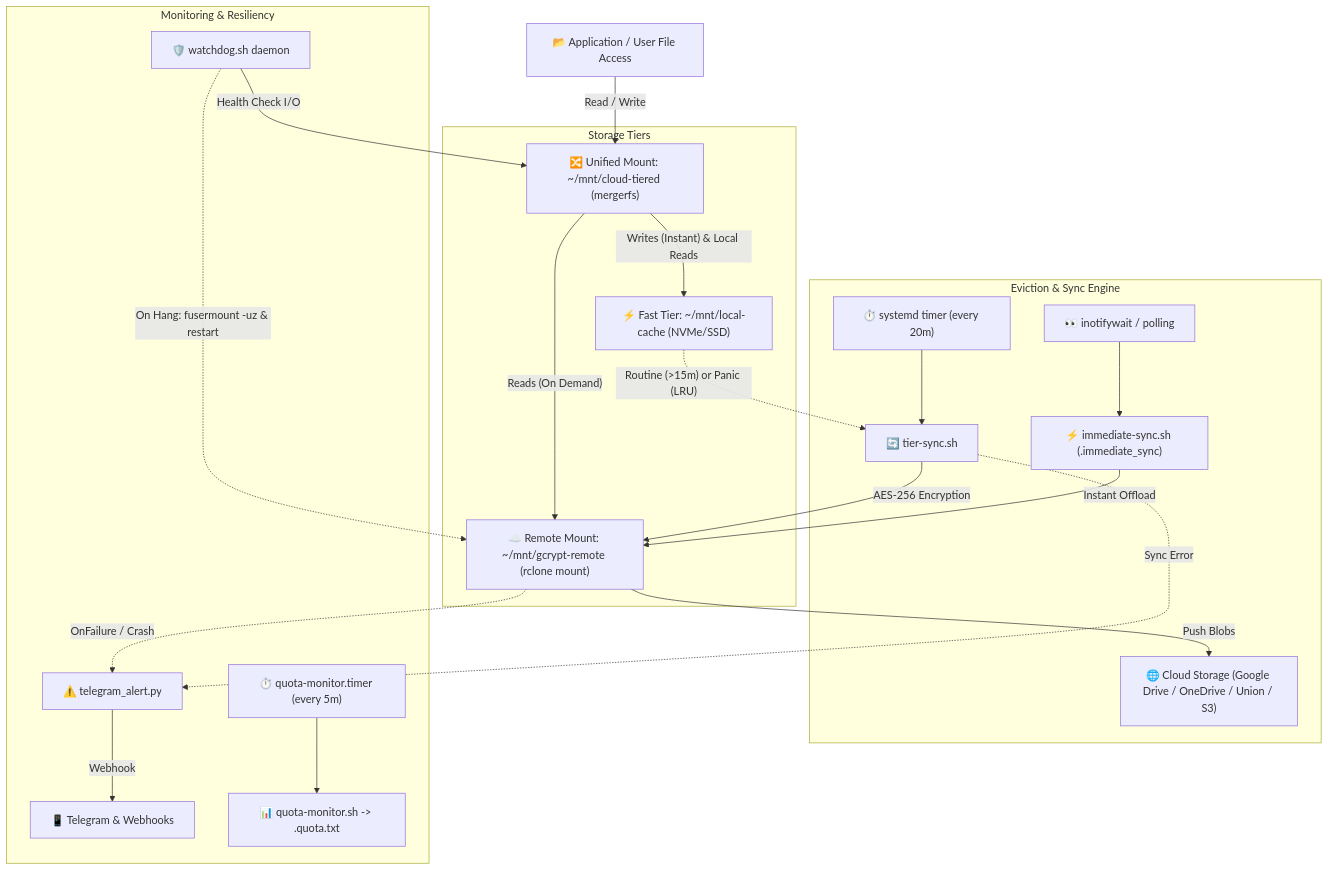
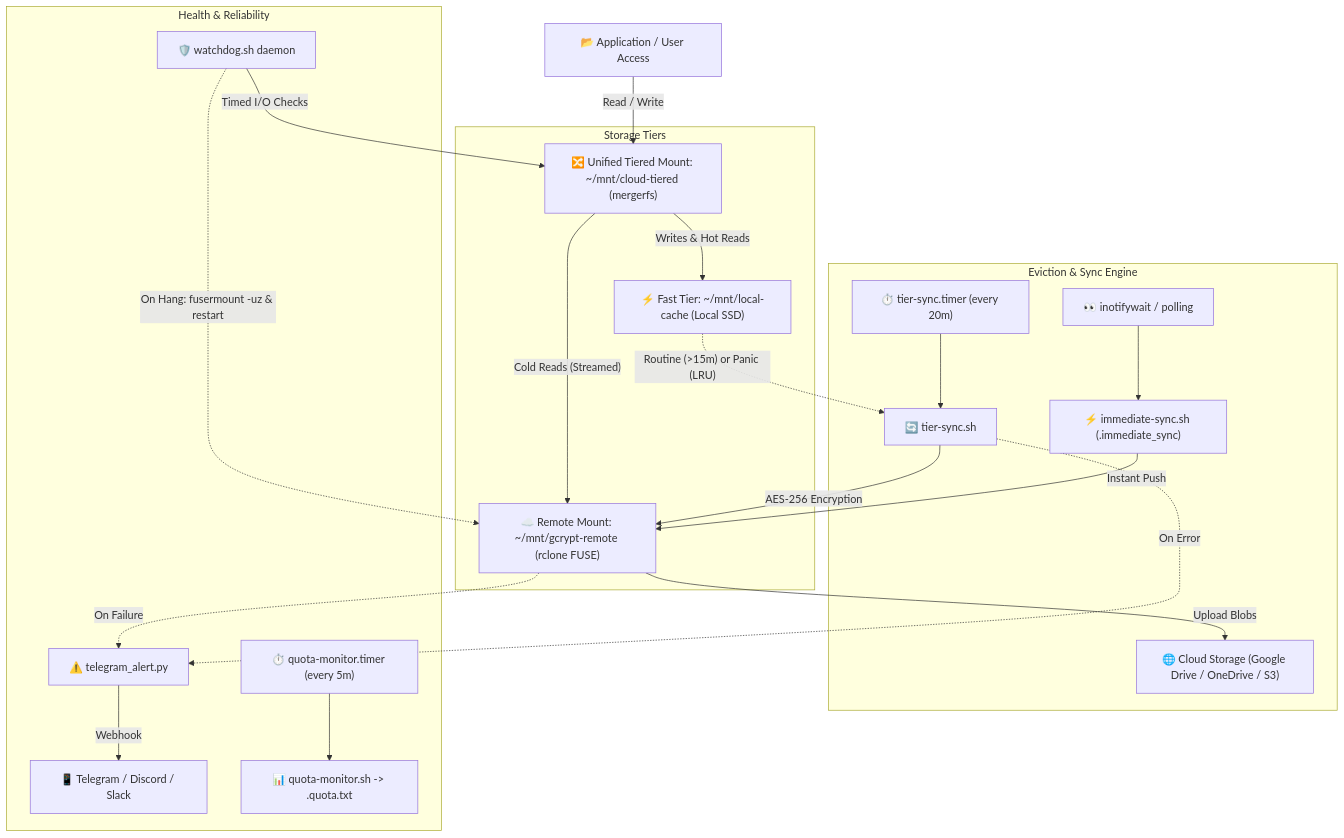
Before and after one commit to ashishsinghbora/ETS: the diagram in README.md, drawn with Mermaid. The commit also changed other lines of this file, not shown here.

Commit message:
docs: reorganize README with professional structure, TOC, and diagrams

````diff
--- a/README.md
+++ b/README.md
@@ -38,27 +86,27 @@
 ```mermaid
 flowchart TD
-    App["📂 Application / User File Access"] -->|Read / Write| Unified["🔀 Unified Mount: ~/mnt/cloud-tiered (mergerfs)"]
+    App["📂 Application / User Access"] -->|Read / Write| Unified["🔀 Unified Tiered Mount: ~/mnt/cloud-tiered (mergerfs)"]
     
     subgraph Storage Tiers
-        Unified -->|"Writes (Instant) & Local Reads"| LocalCache["⚡ Fast Tier: ~/mnt/local-cache (NVMe/SSD)"]
-        Unified -->|"Reads (On Demand)"| RemoteMount["☁️ Remote Mount: ~/mnt/gcrypt-remote (rclone mount)"]
+        Unified -->|"Writes & Hot Reads"| LocalCache["⚡ Fast Tier: ~/mnt/local-cache (Local SSD)"]
+        Unified -->|"Cold Reads (Streamed)"| RemoteMount["☁️ Remote Mount: ~/mnt/gcrypt-remote (rclone FUSE)"]
     end
 
     subgraph Eviction & Sync Engine
-        Timer["⏱️ systemd timer (every 20m)"] --> Sync["🔄 tier-sync.sh"]
+        Timer["⏱️ tier-sync.timer (every 20m)"] --> Sync["🔄 tier-sync.sh"]
         Inotify["👀 inotifywait / polling"] --> Immediate["⚡ immediate-sync.sh (.immediate_sync)"]
         LocalCache -.->|"Routine (>15m) or Panic (LRU)"| Sync
         Sync -->|"AES-256 Encryption"| RemoteMount
-        Immediate -->|"Instant Offload"| RemoteMount
-        RemoteMount -->|"Push Blobs"| Cloud["🌐 Cloud Storage (Google Drive / OneDrive / Union / S3)"]
+        Immediate -->|"Instant Push"| RemoteMount
+        RemoteMount -->|"Upload Blobs"| Cloud["🌐 Cloud Storage (Google Drive / OneDrive / S3)"]
     end
 
-    subgraph Monitoring & Resiliency
-        Watchdog["🛡️ watchdog.sh daemon"] -->|"Health Check I/O"| Unified
+    subgraph Health & Reliability
+        Watchdog["🛡️ watchdog.sh daemon"] -->|"Timed I/O Checks"| Unified
         Watchdog -.->|"On Hang: fusermount -uz & restart"| RemoteMount
-        RemoteMount -.->|"OnFailure / Crash"| Alert["⚠️ telegram_alert.py"]
-        Sync -.->|"Sync Error"| Alert
-        Alert -->|"Webhook"| Notifications["📱 Telegram & Webhooks"]
+        RemoteMount -.->|"On Failure"| Alert["⚠️ telegram_alert.py"]
+        Sync -.->|"On Error"| Alert
+        Alert -->|"Webhook"| Notify["📱 Telegram / Discord / Slack"]
         QuotaTimer["⏱️ quota-monitor.timer (every 5m)"] --> Quota["📊 quota-monitor.sh -> .quota.txt"]
     end
 ```
````
